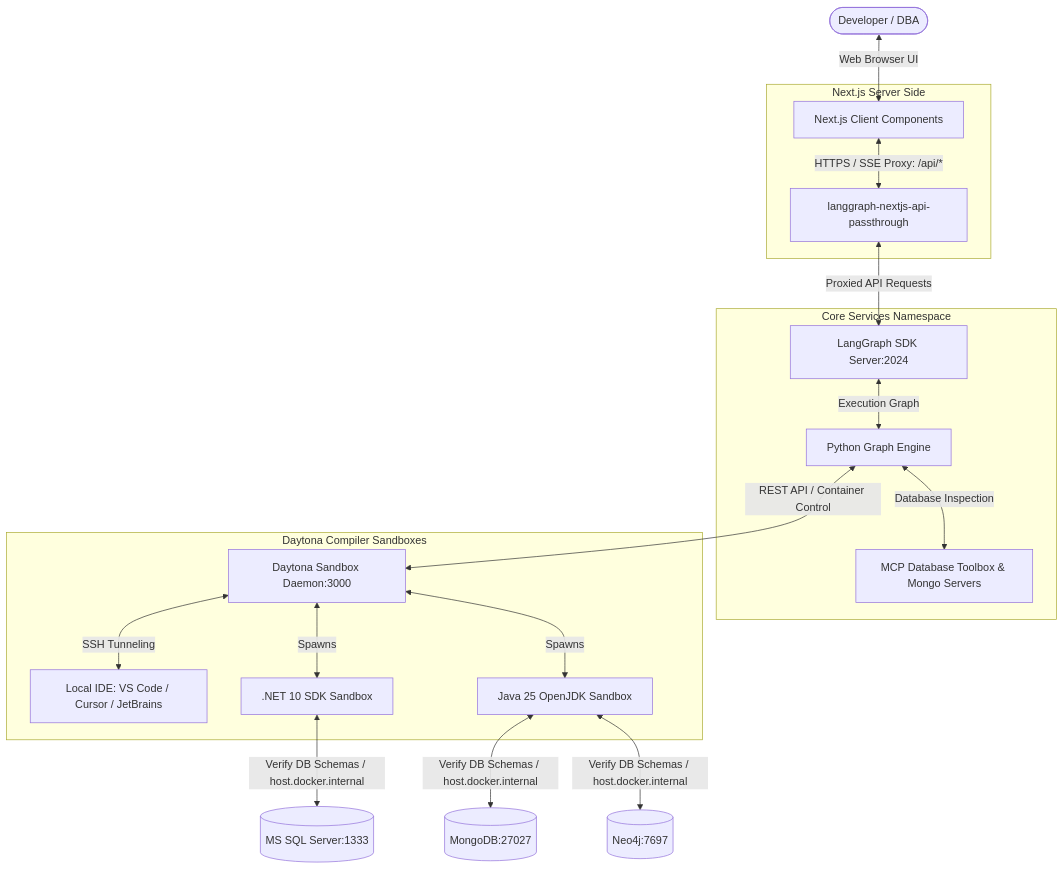
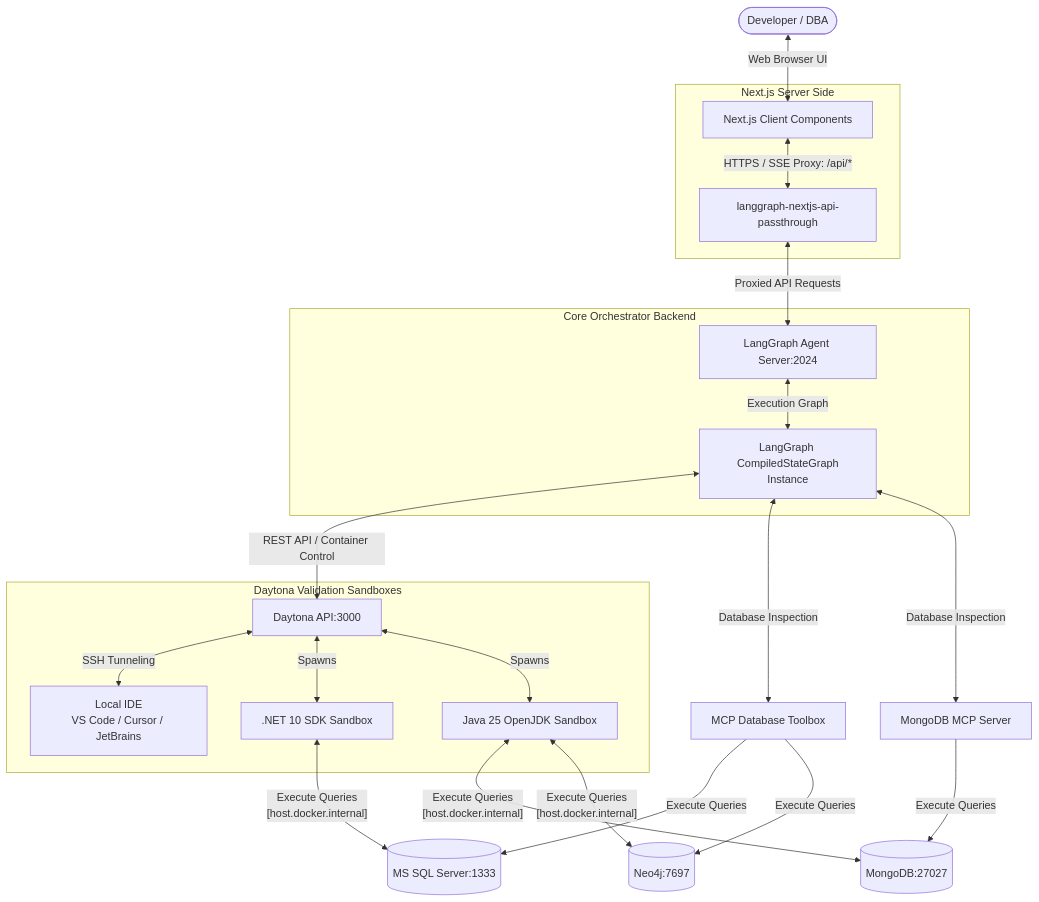
The diagram in docs/frontend/architecture.md (corovcam/Universal-Object-Mapping), drawn with Mermaid before and after one commit. The commit also changed other lines of this file and 15 other files, not shown here.

````diff
--- a/docs/frontend/architecture.md
+++ b/docs/frontend/architecture.md
@@ -11,25 +11,34 @@
 ```mermaid
 graph TD
     User([Developer / DBA]) <-->|Web Browser UI| ReactApp[Next.js Client Components]
     
     subgraph NextServer ["Next.js Server Side"]
         ReactApp <-->|HTTPS / SSE Proxy: /api/*| Passthrough[langgraph-nextjs-api-passthrough]
     end
     
-    subgraph CoreBackend ["Core Services Namespace"]
-        Passthrough <-->|Proxied API Requests| LangGraph[LangGraph SDK Server:2024]
-        LangGraph <-->|Execution Graph| PythonEngine[Python Graph Engine]
-        PythonEngine <-->|Database Inspection| MCPServers[MCP Database Toolbox & Mongo Servers]
+    subgraph CoreBackend ["Core Orchestrator Backend"]
+        Passthrough <-->|Proxied API Requests| LangGraph[LangGraph Agent Server:2024]
+        LangGraph <-->|Execution Graph| PythonEngine[LangGraph CompiledStateGraph<br>Instance]
     end
     
-    subgraph Sandboxes ["Daytona Compiler Sandboxes"]
-        PythonEngine <-->|REST API / Container Control| DaytonaDaemon[Daytona Sandbox Daemon:3000]
-        DaytonaDaemon <-->|SSH Tunneling| IDE[Local IDE: VS Code / Cursor / JetBrains]
+    subgraph Sandboxes ["Daytona Validation Sandboxes"]
+        PythonEngine <-->|REST API / Container Control| DaytonaDaemon[Daytona API:3000]
+        DaytonaDaemon <-->|SSH Tunneling| IDE[Local IDE<br>VS Code / Cursor / JetBrains]
         DaytonaDaemon <-->|Spawns| DotnetSandbox[.NET 10 SDK Sandbox]
         DaytonaDaemon <-->|Spawns| JavaSandbox[Java 25 OpenJDK Sandbox]
     end
+
+		PythonEngine <-->|Database Inspection| MCPToolbox[MCP Database Toolbox]
+
+		PythonEngine <-->|Database Inspection| MongoMCP[MongoDB MCP Server]
+
+		MCPToolbox -->|Execute Queries| MSSQL
+
+		MCPToolbox -->|Execute Queries| Neo4j
+
+		MongoMCP -->|Execute Queries| MongoDB
     
-    DotnetSandbox <-->|Verify DB Schemas / host.docker.internal| MSSQL[(MS SQL Server:1333)]
-    JavaSandbox <-->|Verify DB Schemas / host.docker.internal| MongoDB[(MongoDB:27027)]
-    JavaSandbox <-->|Verify DB Schemas / host.docker.internal| Neo4j[(Neo4j:7697)]
+    DotnetSandbox <-->|"Execute Queries<br>[host.docker.internal]"| MSSQL[(MS SQL Server:1333)]
+    JavaSandbox <-->|"Execute Queries<br>[host.docker.internal]"| MongoDB[(MongoDB:27027)]
+    JavaSandbox <-->|"Execute Queries<br>[host.docker.internal]"| Neo4j[(Neo4j:7697)]
 ```
````
